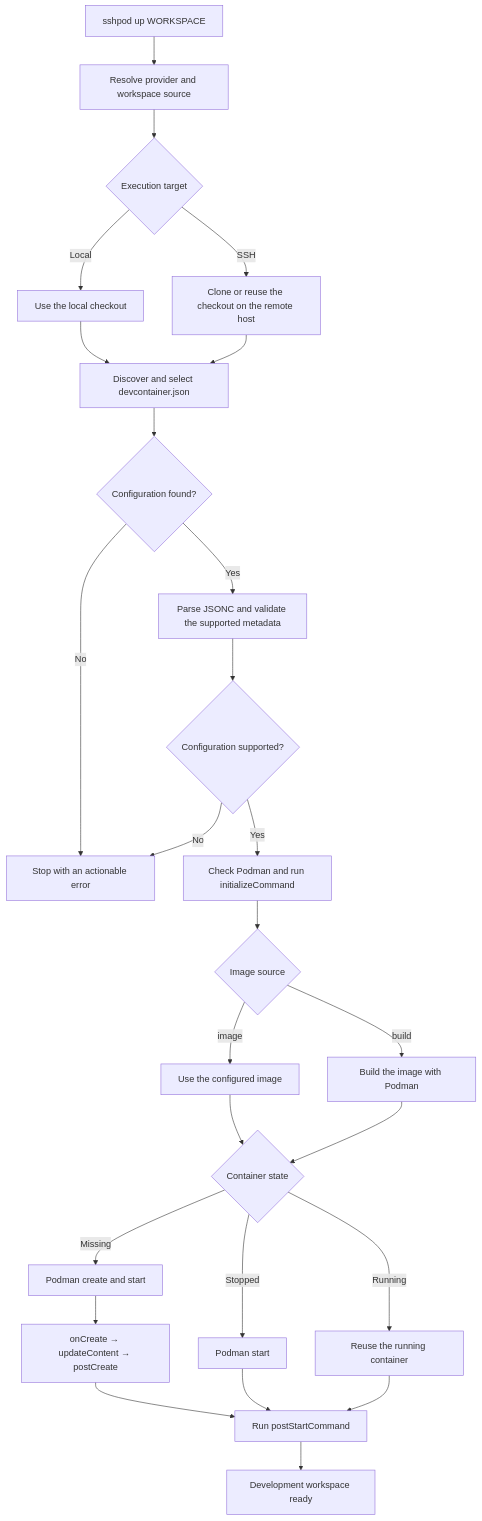
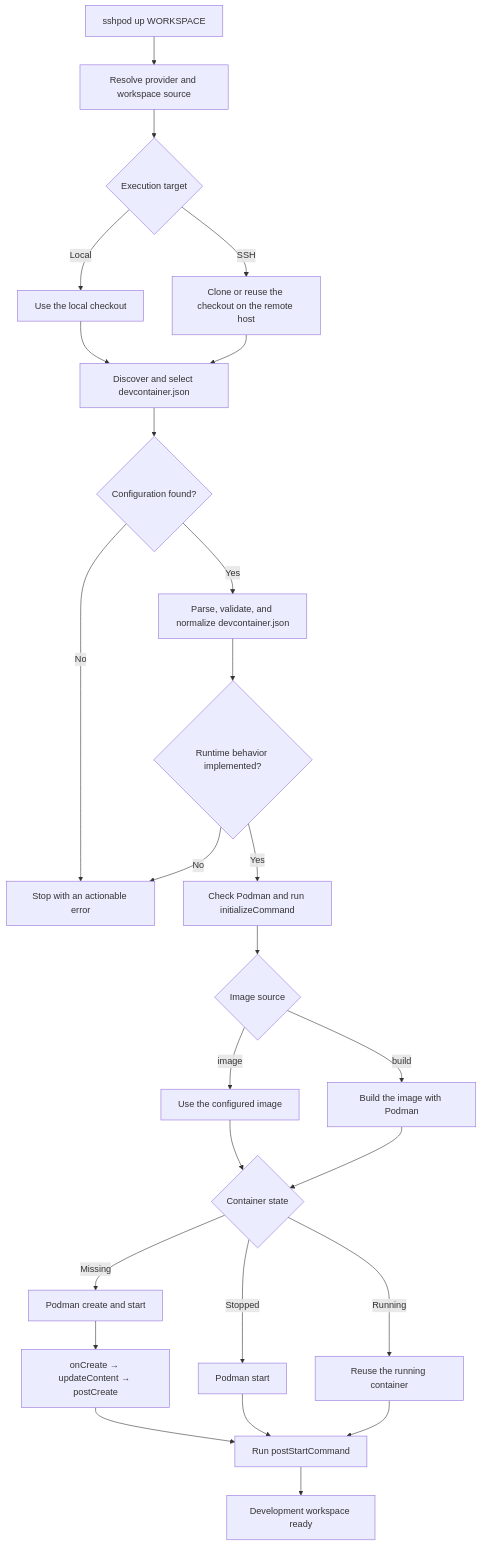
Before and after one commit to sshpod/sshpod: the diagram in README.md, drawn with Mermaid. The commit also changed other lines of this file and 41 other files, not shown here.

````diff
--- a/README.md
+++ b/README.md
@@ -18,28 +18,28 @@
 ```mermaid
 flowchart TD
     up["sshpod up WORKSPACE"] --> target["Resolve provider and workspace source"]
     target --> execution{Execution target}
     execution -->|Local| local["Use the local checkout"]
     execution -->|SSH| remote["Clone or reuse the checkout on the remote host"]
     local --> discover["Discover and select devcontainer.json"]
     remote --> discover
     discover --> found{Configuration found?}
     found -->|No| error["Stop with an actionable error"]
-    found -->|Yes| parse["Parse JSONC and validate the supported metadata"]
-    parse --> valid{Configuration supported?}
+    found -->|Yes| parse["Parse, validate, and normalize devcontainer.json"]
+    parse --> valid{Runtime behavior implemented?}
     valid -->|No| error
     valid -->|Yes| initialize["Check Podman and run initializeCommand"]
     initialize --> image{Image source}
     image -->|image| existing["Use the configured image"]
     image -->|build| build["Build the image with Podman"]
     existing --> state{Container state}
     build --> state
     state -->|Missing| create["Podman create and start"]
     state -->|Stopped| start["Podman start"]
     state -->|Running| reuse["Reuse the running container"]
     create --> createHooks["onCreate → updateContent → postCreate"]
     createHooks --> startHook["Run postStartCommand"]
     start --> startHook
     reuse --> startHook
     startHook --> ready["Development workspace ready"]
 ```
````
